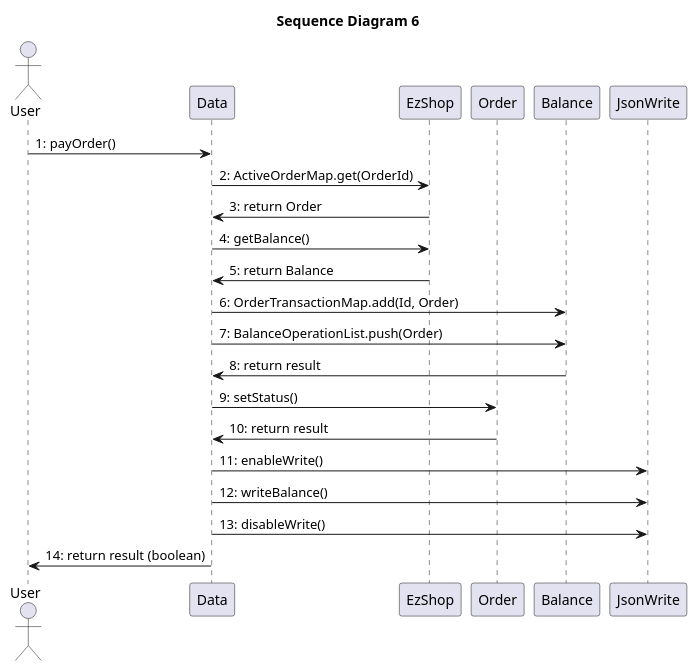
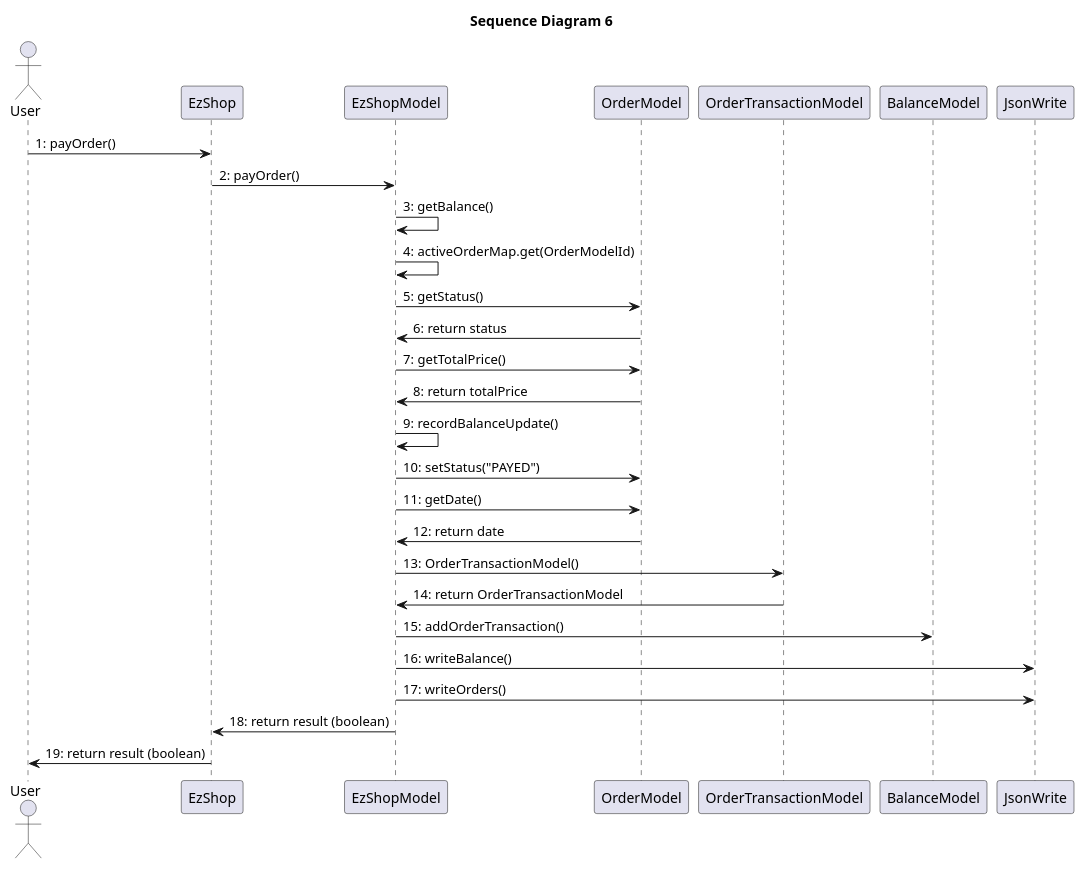
One commit to paolotron/EzshoProject31 changed the eighth of 15 diagrams in Deliverables/DesignDocument.md. Above: the diagram before and after it, drawn with PlantUML. The commit also changed other lines of this file, not shown here.

````diff
--- a/Deliverables/DesignDocument.md
+++ b/Deliverables/DesignDocument.md
@@ -470,26 +470,32 @@
 ``` plantuml
 @startuml
 title "Sequence Diagram 6"
 actor User as U1
-participant Data
 participant EzShop
-participant Order as O
-participant Balance
+participant EzShopModel
+participant OrderModel as O
+participant OrderTransactionModel as O2
+participant BalanceModel as Balance
 participant JsonWrite as JW
 
-U1->Data: 1: payOrder()
-Data->EzShop: 2: ActiveOrderMap.get(OrderId)
-EzShop->Data: 3: return Order
-Data->EzShop: 4: getBalance()
-EzShop-> Data: 5: return Balance
-Data->Balance: 6: OrderTransactionMap.add(Id, Order)
-Data->Balance: 7: BalanceOperationList.push(Order)
-Balance->Data: 8: return result
-Data->O: 9: setStatus()
-O->Data: 10: return result
-Data -> JW: 11: enableWrite()
-Data -> JW: 12: writeBalance()
-Data -> JW: 13: disableWrite()
-Data->U1: 14: return result (boolean)
+U1->EzShop: 1: payOrder()
+EzShop->EzShopModel: 2: payOrder()
+EzShopModel->EzShopModel: 3: getBalance()
+EzShopModel->EzShopModel: 4: activeOrderMap.get(OrderModelId)
+EzShopModel->O: 5: getStatus()
+O->EzShopModel: 6: return status
+EzShopModel->O: 7: getTotalPrice()
+O->EzShopModel: 8: return totalPrice
+EzShopModel-> EzShopModel: 9: recordBalanceUpdate()
+EzShopModel->O: 10: setStatus("PAYED")
+EzShopModel->O: 11: getDate()
+O->EzShopModel: 12: return date
+EzShopModel->O2: 13: OrderTransactionModel()
+O2->EzShopModel: 14: return OrderTransactionModel
+EzShopModel->Balance: 15: addOrderTransaction()
+EzShopModel -> JW: 16: writeBalance()
+EzShopModel -> JW: 17: writeOrders()
+EzShopModel->EzShop: 18: return result (boolean)
+EzShop->U1: 19: return result (boolean)
 @enduml
 ```
````
